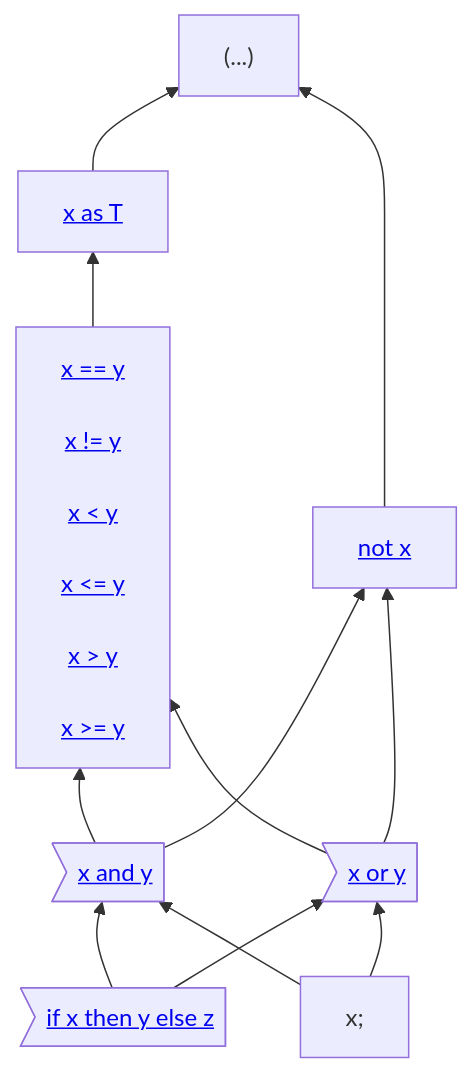
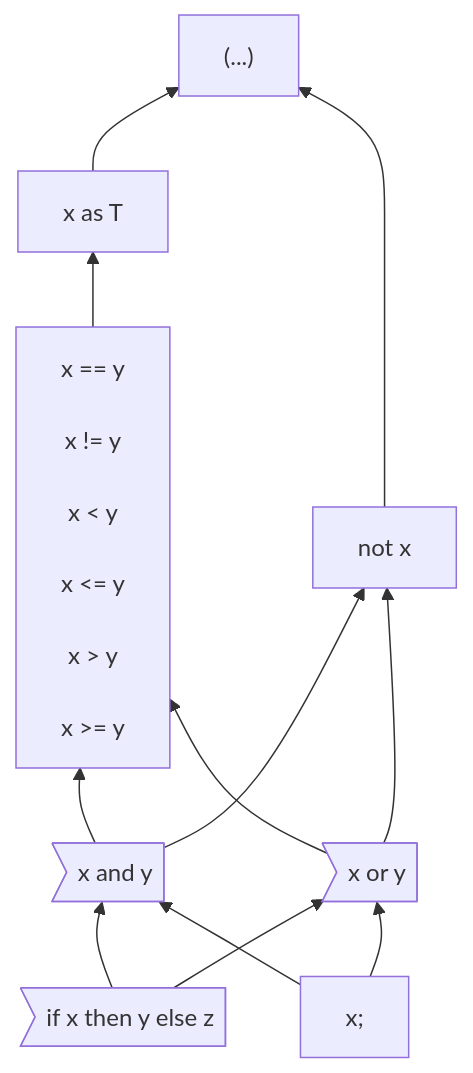
The first of 2 diagrams in docs/design/expressions/README.md (carbon-language/carbon-lang), drawn with Mermaid before and after one commit.

````diff
--- a/docs/design/expressions/README.md
+++ b/docs/design/expressions/README.md
@@ -49,23 +49,36 @@
 ```mermaid
+%%{init: {'themeVariables': {'fontFamily': 'monospace'}}}%%
 graph BT
     brackets["(...)"]
-    click brackets "../classes.md#literals"
+    click brackets "https://github.com/carbon-language/carbon-lang/blob/trunk/docs/design/classes.md#literals"
 
-    as["<a href='#conversions-and-casts'>x as T</a>"]
-    not["<a href='logical_operators.md'>not x</a>"]
-    comparison["<a href='comparison_operators.md'>x == y<br>
-                                                  x != y<br>
-                                                  x < y<br>
-                                                  x <= y<br>
-                                                  x > y<br>
-                                                  x >= y</a>"]
-    and>"<a href='logical_operators.md'>x and y</a>"]
-    or>"<a href='logical_operators.md'>x or y</a>"]
-    if>"<a href='#if-expressions'>if x then y else z</a>"]
+    as["x as T"]
+    click as "https://github.com/carbon-language/carbon-lang/blob/trunk/docs/design/expressions/implicit_conversions.md"
+
+    not["not x"]
+    click not "https://github.com/carbon-language/carbon-lang/blob/trunk/docs/design/expressions/logical_operators.md"
+
+    comparison["x == y<br>
+                x != y<br>
+                x < y<br>
+                x <= y<br>
+                x > y<br>
+                x >= y"]
+    click comparison "https://github.com/carbon-language/carbon-lang/blob/trunk/docs/design/expressions/comparison_operators.md"
+
+    and>"x and y"]
+    click and "https://github.com/carbon-language/carbon-lang/blob/trunk/docs/design/expressions/logical_operators.md"
+
+    or>"x or y"]
+    click or "https://github.com/carbon-language/carbon-lang/blob/trunk/docs/design/expressions/logical_operators.md"
+
+    if>"if x then y else z"]
+    click if "https://github.com/carbon-language/carbon-lang/blob/trunk/docs/design/expressions/if.md"
+
     expressionEnd["x;"]
 
     as & not --> brackets
     comparison --> as
     and & or --> comparison & not
     if & expressionEnd --> and & or
 ```
````
